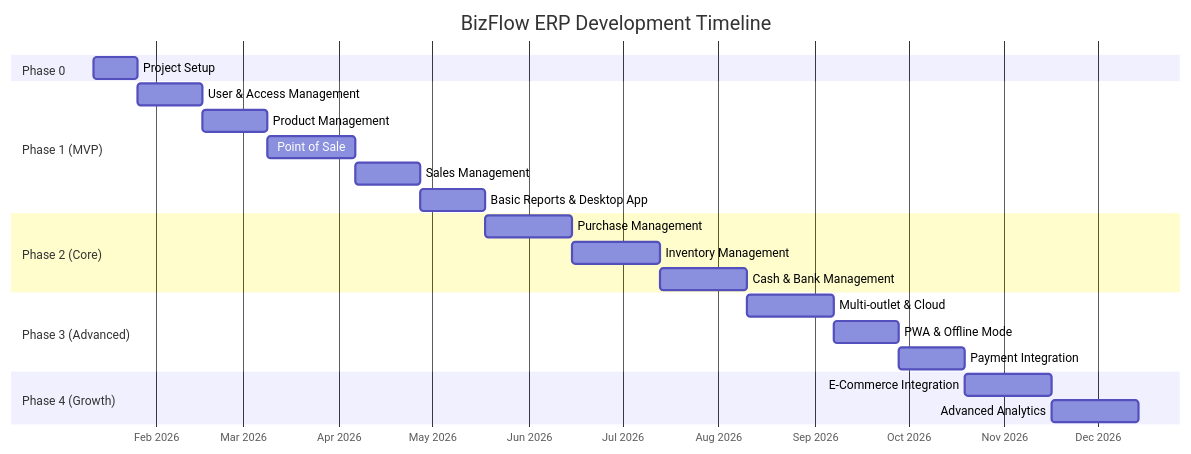
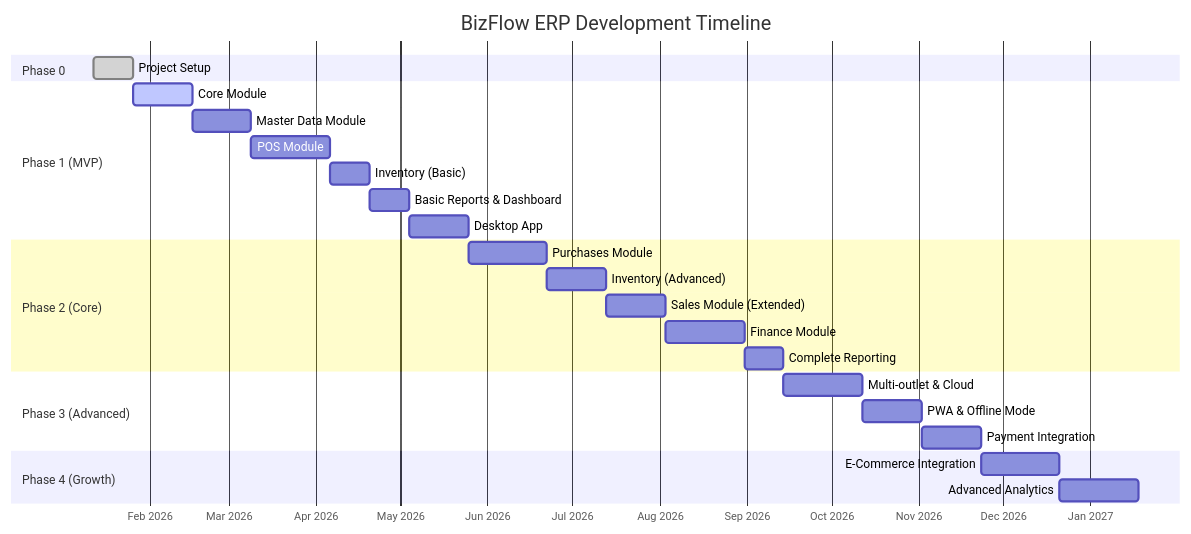
One commit to bagususwanto/BizFlow changed the diagram in docs/project-roadmap.md. Above: the diagram before and after it, drawn with Mermaid. The commit also changed other lines of this file, not shown here.

Commit message:
docs: full revision of project roadmap to align with domain-grouped structure

````diff
--- a/docs/project-roadmap.md
+++ b/docs/project-roadmap.md
@@ -19,30 +19,33 @@
 ```mermaid
 gantt
     title BizFlow ERP Development Timeline
     dateFormat  YYYY-MM-DD
     axisFormat  %b %Y
 
     section Phase 0
-    Project Setup           :p0, 2026-01-12, 2w
+    Project Setup           :done, p0, 2026-01-12, 2w
 
     section Phase 1 (MVP)
-    User & Access Management    :p1a, after p0, 3w
-    Product Management          :p1b, after p1a, 3w
-    Point of Sale               :p1c, after p1b, 4w
-    Sales Management            :p1d, after p1c, 3w
-    Basic Reports & Desktop App :p1e, after p1d, 3w
+    Core Module                 :active, p1a, after p0, 3w
+    Master Data Module          :p1b, after p1a, 3w
+    POS Module                  :p1c, after p1b, 4w
+    Inventory (Basic)           :p1d, after p1c, 2w
+    Basic Reports & Dashboard   :p1e, after p1d, 2w
+    Desktop App                 :p1f, after p1e, 3w
 
     section Phase 2 (Core)
-    Purchase Management     :p2a, after p1e, 4w
-    Inventory Management    :p2b, after p2a, 4w
-    Cash & Bank Management  :p2c, after p2b, 4w
+    Purchases Module        :p2a, after p1f, 4w
+    Inventory (Advanced)    :p2b, after p2a, 3w
+    Sales Module (Extended) :p2c, after p2b, 3w
+    Finance Module          :p2d, after p2c, 4w
+    Complete Reporting      :p2e, after p2d, 2w
 
     section Phase 3 (Advanced)
-    Multi-outlet & Cloud    :p3a, after p2c, 4w
+    Multi-outlet & Cloud    :p3a, after p2e, 4w
     PWA & Offline Mode      :p3b, after p3a, 3w
     Payment Integration     :p3c, after p3b, 3w
 
     section Phase 4 (Growth)
     E-Commerce Integration  :p4a, after p3c, 4w
     Advanced Analytics      :p4b, after p4a, 4w
 ```
````
